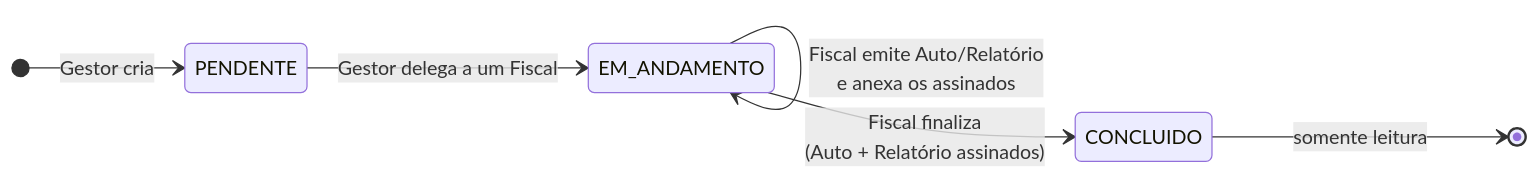
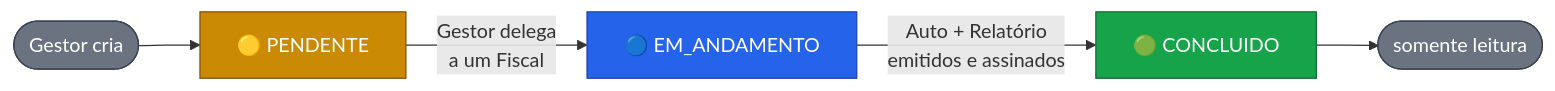
One commit to Lulu-blue/M-dulo-de-Fiscaliza-o-Ambiental changed the third of 6 diagrams in README.md. Above: the diagram before and after it, drawn with Mermaid. The commit also changed other lines of this file, not shown here.

````diff
--- a/README.md
+++ b/README.md
@@ -227,9 +244,16 @@
 ```mermaid
-stateDiagram-v2
-    direction LR
-    [*] --> PENDENTE: Gestor cria
-    PENDENTE --> EM_ANDAMENTO: Gestor delega a um Fiscal
-    EM_ANDAMENTO --> EM_ANDAMENTO: Fiscal emite Auto/Relatório<br/>e anexa os assinados
-    EM_ANDAMENTO --> CONCLUIDO: Fiscal finaliza<br/>(Auto + Relatório assinados)
-    CONCLUIDO --> [*]: somente leitura
+flowchart LR
+    A(["Gestor cria"]) --> P["🟡 PENDENTE"]
+    P -- "Gestor delega<br/>a um Fiscal" --> E["🔵 EM_ANDAMENTO"]
+    E -- "Auto + Relatório<br/>emitidos e assinados" --> C["🟢 CONCLUIDO"]
+    C --> L(["somente leitura"])
+
+    classDef pend fill:#ca8a04,stroke:#854d0e,color:#fff
+    classDef and fill:#2563eb,stroke:#1e40af,color:#fff
+    classDef conc fill:#16a34a,stroke:#166534,color:#fff
+    classDef ponta fill:#6b7280,stroke:#374151,color:#fff
+    class P pend
+    class E and
+    class C conc
+    class A,L ponta
 ```
````
